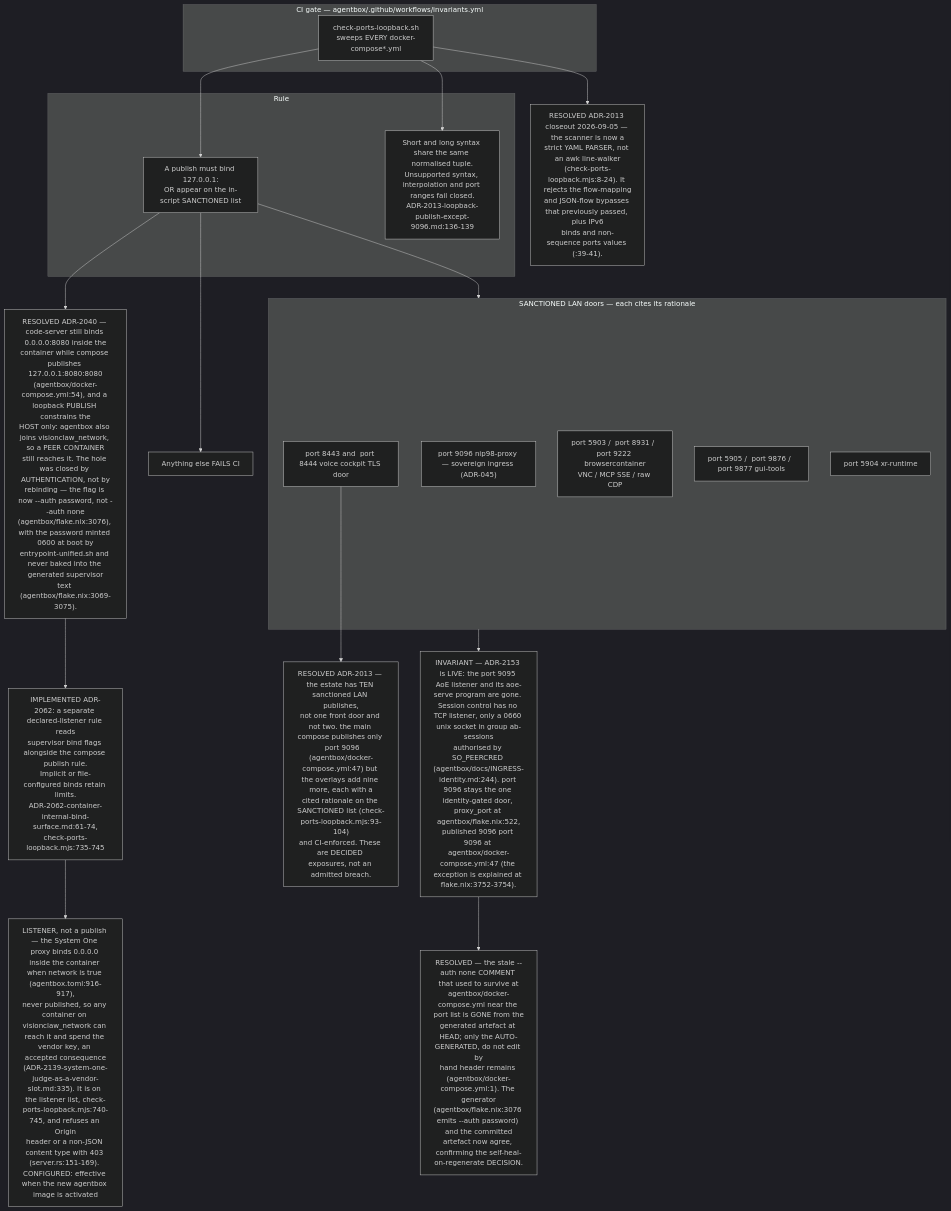
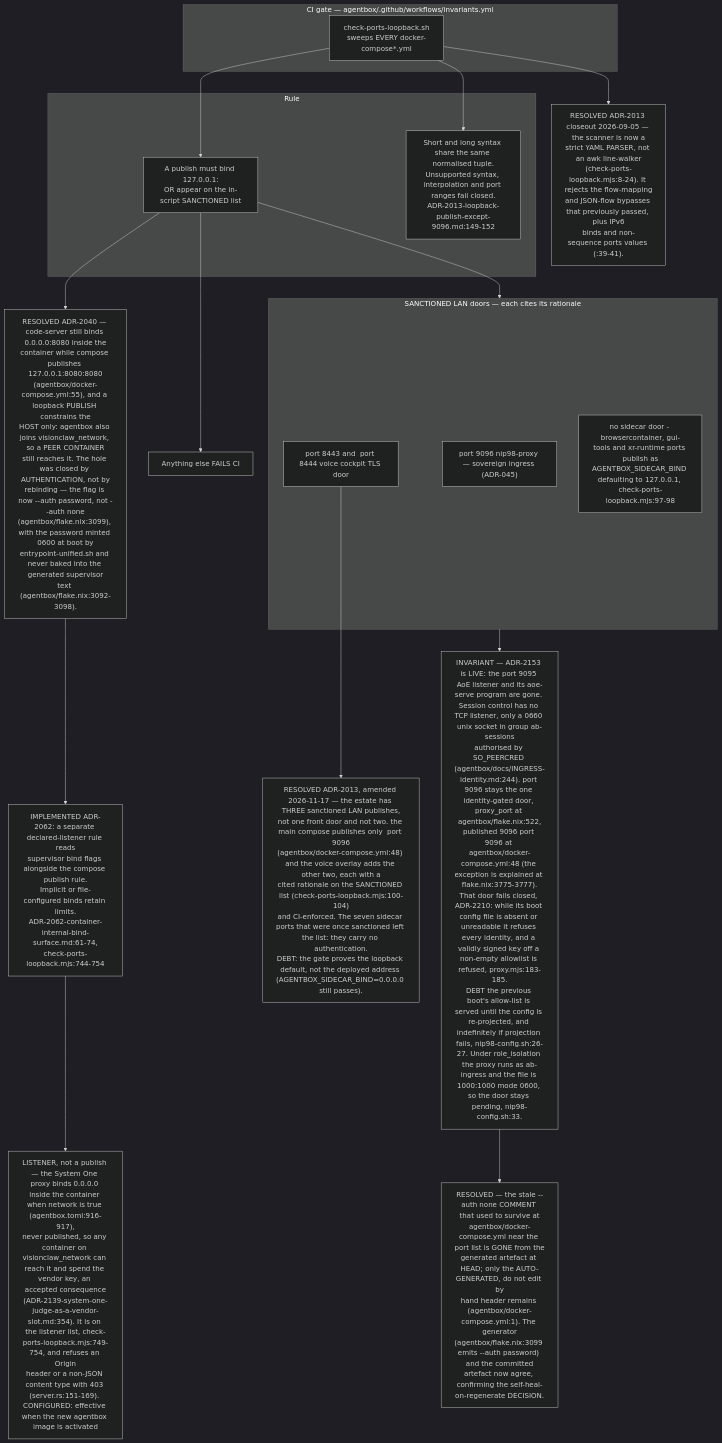
The eighth of 11 diagrams in docs/diagrams/estate/10-deployment-and-security-profiles.md (DreamLab-AI/VisionFlow), drawn with Mermaid (dark theme) before and after one commit. The commit also changed other lines of this file and 8 other files, not shown here.

First line of the commit message:
docs(diagrams): re-verify the NIP-98 proxy topics and the custody counts at agentbox 0693c761c (VF-DIAGRAM-NIP98-DRIFT)

````diff
--- a/docs/diagrams/estate/10-deployment-and-security-profiles.md
+++ b/docs/diagrams/estate/10-deployment-and-security-profiles.md
@@ -331,38 +335,36 @@
 ```mermaid
 flowchart TB
     subgraph ci["CI gate — agentbox/.github/workflows/invariants.yml"]
         SC["check-ports-loopback.sh<br/>sweeps EVERY docker-compose*.yml"]
     end
     subgraph rule["Rule"]
         R1["A publish must bind 127.0.0.1:<br/>OR appear on the in-script SANCTIONED list"]
-        R2["Short and long syntax share the same normalised tuple.<br/>Unsupported syntax, interpolation and port ranges fail closed.<br/>ADR-2013-loopback-publish-except-9096.md:136-139"]
+        R2["Short and long syntax share the same normalised tuple.<br/>Unsupported syntax, interpolation and port ranges fail closed.<br/>ADR-2013-loopback-publish-except-9096.md:149-152"]
     end
     subgraph sanctioned["SANCTIONED LAN doors — each cites its rationale"]
         P1[" port 9096 nip98-proxy — sovereign ingress (ADR-045)"]
         P2[" port 8443 and  port 8444 voice cockpit TLS door"]
-        P3[" port 5903 /  port 8931 /  port 9222 browsercontainer<br/>VNC / MCP SSE / raw CDP"]
-        P4[" port 5905 /  port 9876 /  port 9877 gui-tools"]
-        P5[" port 5904 xr-runtime"]
+        P3["no sidecar door - browsercontainer, gui-tools and xr-runtime ports publish as<br/>AGENTBOX_SIDECAR_BIND defaulting to 127.0.0.1, check-ports-loopback.mjs:97-98"]
     end
     FAIL["Anything else FAILS CI"]
-    INV["INVARIANT — ADR-2153 is LIVE: the port 9095 AoE listener and its aoe-serve program are gone. Session control has no TCP listener, only a 0660 unix socket in group ab-sessions<br/>authorised by SO_PEERCRED (agentbox/docs/INGRESS-identity.md:244). port 9096 stays the one identity-gated door, proxy_port at agentbox/flake.nix:522,<br/>published 9096 port 9096 at agentbox/docker-compose.yml:47 (the exception is explained at flake.nix:3752-3754)."]
-    D1["RESOLVED ADR-2013 — the estate has TEN sanctioned LAN publishes,<br/>not one front door and not two. the main compose publishes only  port 9096<br/>(agentbox/docker-compose.yml:47) but the overlays add nine more, each with a<br/>cited rationale on the SANCTIONED list (check-ports-loopback.mjs:93-104)<br/>and CI-enforced. These are DECIDED exposures, not an admitted breach."]
+    INV["INVARIANT — ADR-2153 is LIVE: the port 9095 AoE listener and its aoe-serve program are gone. Session control has no TCP listener, only a 0660 unix socket in group ab-sessions<br/>authorised by SO_PEERCRED (agentbox/docs/INGRESS-identity.md:244). port 9096 stays the one identity-gated door, proxy_port at agentbox/flake.nix:522,<br/>published 9096 port 9096 at agentbox/docker-compose.yml:48 (the exception is explained at flake.nix:3775-3777).<br/>That door fails closed, ADR-2210: while its boot config file is absent or unreadable it refuses every identity, and a validly signed key off a non-empty allowlist is refused, proxy.mjs:183-185.<br/>DEBT the previous boot's allow-list is served until the config is re-projected, and indefinitely if projection fails, nip98-config.sh:26-27. Under role_isolation the proxy runs as ab-ingress and the file is 1000:1000 mode 0600, so the door stays pending, nip98-config.sh:33."]
+    D1["RESOLVED ADR-2013, amended 2026-11-17 — the estate has THREE sanctioned LAN publishes,<br/>not one front door and not two. the main compose publishes only  port 9096<br/>(agentbox/docker-compose.yml:48) and the voice overlay adds the other two, each with a<br/>cited rationale on the SANCTIONED list (check-ports-loopback.mjs:100-104)<br/>and CI-enforced. The seven sidecar ports that were once sanctioned left the list: they carry no authentication.<br/>DEBT: the gate proves the loopback default, not the deployed address (AGENTBOX_SIDECAR_BIND=0.0.0.0 still passes)."]
     D2["RESOLVED ADR-2013 closeout 2026-09-05 — the scanner is now a<br/>strict YAML PARSER, not an awk line-walker<br/>(check-ports-loopback.mjs:8-24). It rejects the flow-mapping<br/>and JSON-flow bypasses that previously passed, plus IPv6<br/>binds and non-sequence ports values (:39-41)."]
-    D3["RESOLVED ADR-2040 — code-server still binds 0.0.0.0:8080 inside the<br/>container while compose publishes 127.0.0.1:8080:8080<br/>(agentbox/docker-compose.yml:54), and a loopback PUBLISH constrains the<br/>HOST only: agentbox also joins visionclaw_network, so a PEER CONTAINER<br/>still reaches it. The hole was closed by AUTHENTICATION, not by<br/>rebinding — the flag is now --auth password, not --auth none<br/>(agentbox/flake.nix:3076), with the password minted 0600 at boot by<br/>entrypoint-unified.sh and never baked into the generated supervisor<br/>text (agentbox/flake.nix:3069-3075)."]
-    D5["IMPLEMENTED ADR-2062: a separate declared-listener rule reads<br/>supervisor bind flags alongside the compose publish rule.<br/>Implicit or file-configured binds retain limits.<br/>ADR-2062-container-internal-bind-surface.md:61-74,<br/>check-ports-loopback.mjs:735-745"]
-    D4["RESOLVED — the stale --auth none COMMENT that used to survive at<br/>agentbox/docker-compose.yml near the port list is GONE from the<br/>generated artefact at HEAD; only the AUTO-GENERATED, do not edit by<br/>hand header remains (agentbox/docker-compose.yml:1). The generator<br/>(agentbox/flake.nix:3076 emits --auth password) and the committed<br/>artefact now agree, confirming the self-heal-on-regenerate DECISION."]
+    D3["RESOLVED ADR-2040 — code-server still binds 0.0.0.0:8080 inside the<br/>container while compose publishes 127.0.0.1:8080:8080<br/>(agentbox/docker-compose.yml:55), and a loopback PUBLISH constrains the<br/>HOST only: agentbox also joins visionclaw_network, so a PEER CONTAINER<br/>still reaches it. The hole was closed by AUTHENTICATION, not by<br/>rebinding — the flag is now --auth password, not --auth none<br/>(agentbox/flake.nix:3099), with the password minted 0600 at boot by<br/>entrypoint-unified.sh and never baked into the generated supervisor<br/>text (agentbox/flake.nix:3092-3098)."]
+    D5["IMPLEMENTED ADR-2062: a separate declared-listener rule reads<br/>supervisor bind flags alongside the compose publish rule.<br/>Implicit or file-configured binds retain limits.<br/>ADR-2062-container-internal-bind-surface.md:61-74,<br/>check-ports-loopback.mjs:744-754"]
+    D4["RESOLVED — the stale --auth none COMMENT that used to survive at<br/>agentbox/docker-compose.yml near the port list is GONE from the<br/>generated artefact at HEAD; only the AUTO-GENERATED, do not edit by<br/>hand header remains (agentbox/docker-compose.yml:1). The generator<br/>(agentbox/flake.nix:3099 emits --auth password) and the committed<br/>artefact now agree, confirming the self-heal-on-regenerate DECISION."]
 
-    D6["LISTENER, not a publish — the System One proxy binds 0.0.0.0 inside the container when network is true (agentbox.toml:916-917),<br/>never published, so any container on visionclaw_network can reach it and spend the vendor key, an accepted consequence<br/>(ADR-2139-system-one-judge-as-a-vendor-slot.md:335). It is on the listener list, check-ports-loopback.mjs:740-745, and refuses an Origin<br/>header or a non-JSON content type with 403 (server.rs:151-169). CONFIGURED: effective when the new agentbox image is activated"]
+    D6["LISTENER, not a publish — the System One proxy binds 0.0.0.0 inside the container when network is true (agentbox.toml:916-917),<br/>never published, so any container on visionclaw_network can reach it and spend the vendor key, an accepted consequence<br/>(ADR-2139-system-one-judge-as-a-vendor-slot.md:354). It is on the listener list, check-ports-loopback.mjs:749-754, and refuses an Origin<br/>header or a non-JSON content type with 403 (server.rs:151-169). CONFIGURED: effective when the new agentbox image is activated"]
 
     SC --> R1
     SC --> R2
     R1 --> sanctioned
     R1 --> FAIL
     sanctioned --> INV
     P2 --> D1
     SC --> D2
     R1 --> D3
     INV --> D4
     D3 --> D5
     D5 --> D6
 ```
````
